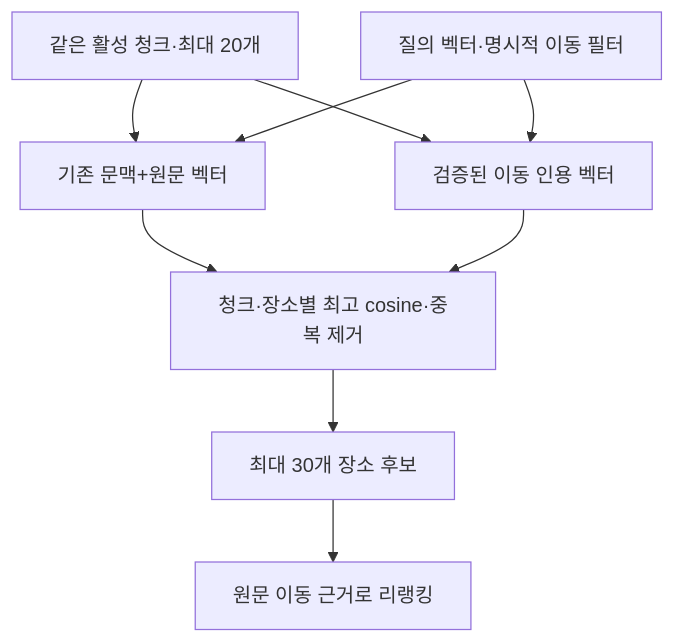
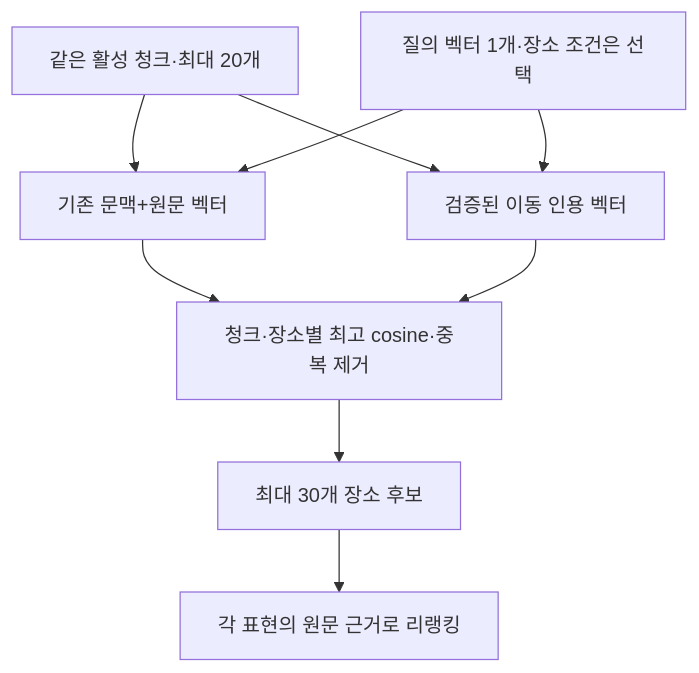
One commit to yollo4179/TravelMate changed the fourth of 4 diagrams in docs/architecture/contextual-retrieval.md. Above: the diagram before and after it, drawn with Mermaid. The commit also changed other lines of this file and 19 other files, not shown here.

````diff
--- a/docs/architecture/contextual-retrieval.md
+++ b/docs/architecture/contextual-retrieval.md
@@ -85,11 +87,11 @@
 ```mermaid
 flowchart TD
     Active[같은 활성 청크·최대 20개] --> Whole[기존 문맥+원문 벡터]
     Active --> Route[검증된 이동 인용 벡터]
-    Query[질의 벡터·명시적 이동 필터] --> Whole
+    Query[질의 벡터 1개·장소 조건은 선택] --> Whole
     Query --> Route
     Whole --> Best[청크·장소별 최고 cosine·중복 제거]
     Route --> Best
     Best --> Top[최대 30개 장소 후보]
-    Top --> Rerank[원문 이동 근거로 리랭킹]
+    Top --> Rerank[각 표현의 원문 근거로 리랭킹]
 ```
````
